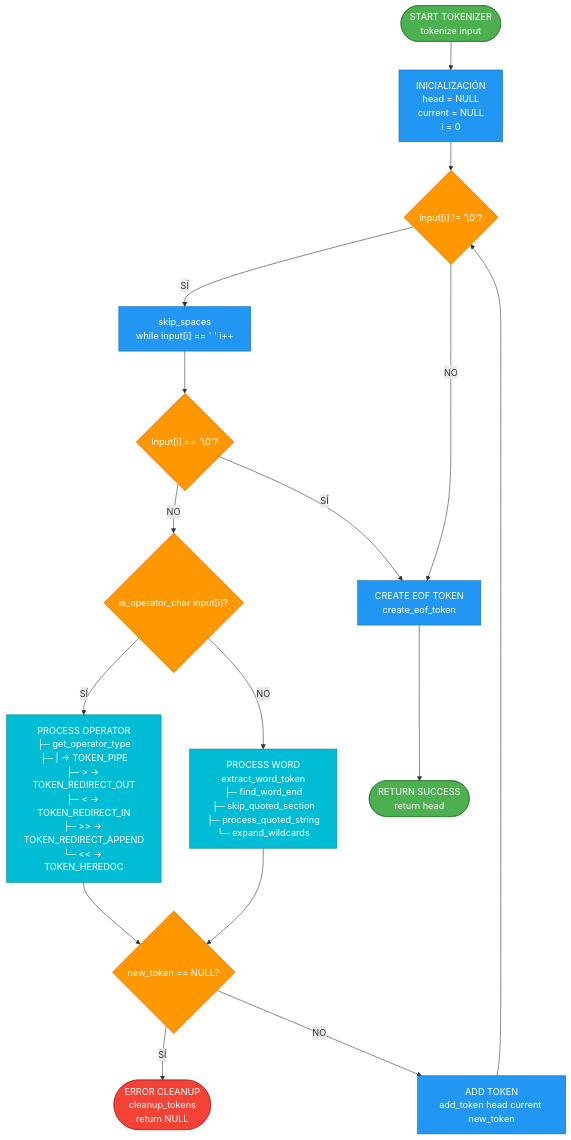
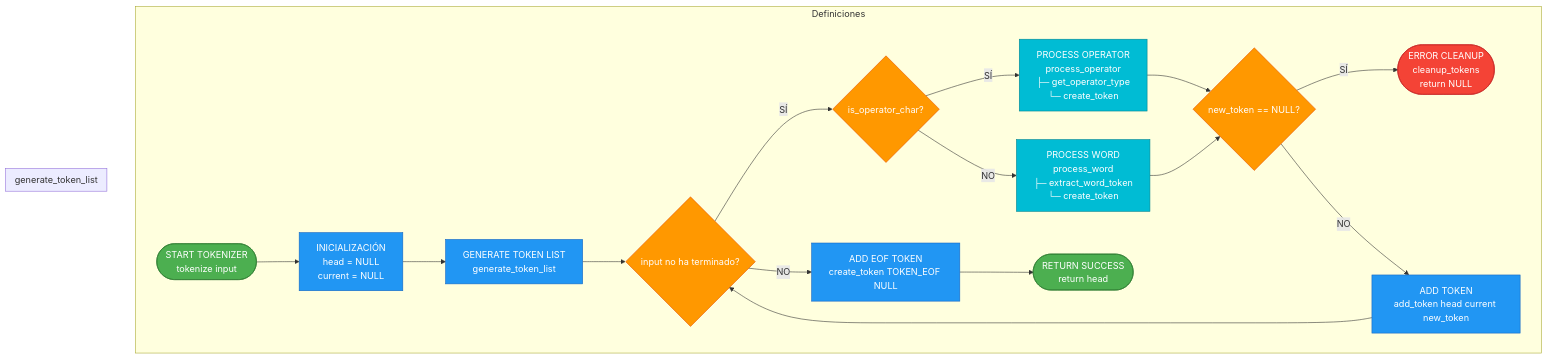
The second of 4 diagrams in docs/FLOWCHARTS.md (x65juan56x/minishell), drawn with Mermaid before and after one commit. The commit also changed other lines of this file, not shown here.

Commit message:
Flowcharts actualizados

````diff
--- a/docs/FLOWCHARTS.md
+++ b/docs/FLOWCHARTS.md
@@ -94,55 +96,59 @@
 ```mermaid
 flowchart TD
-    TOK_START([START TOKENIZER<br/>tokenize input])
-    TOK_INIT[INICIALIZACIÓN<br/>head = NULL<br/>current = NULL<br/>i = 0]
-    
-    TOK_LOOP{input#91;i#93; != '\0'?}
-    SKIP_SPACES[skip_spaces<br/>while input#91;i#93; == ' ' i++]
-    CHECK_END{input#91;i#93; == '\0'?}
-    
-    IS_OPERATOR{is_operator_char input#91;i#93;?}
-    PROC_OPERATOR[PROCESS OPERATOR<br/>├─ get_operator_type<br/>├─ #124; → TOKEN_PIPE<br/>├─ &gt; → TOKEN_REDIRECT_OUT<br/>├─ &lt; → TOKEN_REDIRECT_IN<br/>├─ &gt;&gt; → TOKEN_REDIRECT_APPEND<br/>└─ &lt;&lt; → TOKEN_HEREDOC]
-    
-    PROC_WORD[PROCESS WORD<br/>extract_word_token<br/>├─ find_word_end<br/>├─ skip_quoted_section<br/>├─ process_quoted_string<br/>└─ expand_wildcards]
-    
-    CHECK_TOKEN{new_token == NULL?}
-    ADD_TOKEN[ADD TOKEN<br/>add_token head current new_token]
-    TOK_ERROR([ERROR CLEANUP<br/>cleanup_tokens<br/>return NULL])
-    
-    EOF_TOKEN[CREATE EOF TOKEN<br/>create_eof_token]
-    TOK_SUCCESS([RETURN SUCCESS<br/>return head])
-    
+    subgraph "Definiciones"
+        TOK_START([START TOKENIZER<br/>tokenize input])
+        TOK_INIT[INICIALIZACIÓN<br/>head = NULL<br/>current = NULL]
+        
+        GEN_LIST[GENERATE TOKEN LIST<br/>generate_token_list]
+        
+        TOK_LOOP{input no ha terminado?}
+        
+        IS_OPERATOR{is_operator_char?}
+        PROC_OPERATOR[PROCESS OPERATOR<br/>process_operator<br/>├─ get_operator_type<br/>└─ create_token]
+        
+        PROC_WORD[PROCESS WORD<br/>process_word<br/>├─ extract_word_token<br/>└─ create_token]
+        
+        CHECK_TOKEN{new_token == NULL?}
+        ADD_TOKEN[ADD TOKEN<br/>add_token head current new_token]
+        TOK_ERROR([ERROR CLEANUP<br/>cleanup_tokens<br/>return NULL])
+        
+        ADD_EOF[ADD EOF TOKEN<br/>create_token TOKEN_EOF NULL]
+        TOK_SUCCESS([RETURN SUCCESS<br/>return head])
+    end
+
     %% Flujo
     TOK_START --> TOK_INIT
-    TOK_INIT --> TOK_LOOP
-    TOK_LOOP -->|SÍ| SKIP_SPACES
-    SKIP_SPACES --> CHECK_END
-    CHECK_END -->|SÍ| EOF_TOKEN
-    CHECK_END -->|NO| IS_OPERATOR
+    TOK_INIT --> GEN_LIST
     
-    IS_OPERATOR -->|SÍ| PROC_OPERATOR
-    IS_OPERATOR -->|NO| PROC_WORD
-    
-    PROC_OPERATOR --> CHECK_TOKEN
-    PROC_WORD --> CHECK_TOKEN
-    
-    CHECK_TOKEN -->|SÍ| TOK_ERROR
-    CHECK_TOKEN -->|NO| ADD_TOKEN
-    
-    ADD_TOKEN --> TOK_LOOP
-    TOK_LOOP -->|NO| EOF_TOKEN
-    EOF_TOKEN --> TOK_SUCCESS
+    subgraph "generate_token_list"
+        GEN_LIST --> TOK_LOOP
+        TOK_LOOP -->|SÍ| IS_OPERATOR
+        
+        IS_OPERATOR -->|SÍ| PROC_OPERATOR
+        IS_OPERATOR -->|NO| PROC_WORD
+        
+        PROC_OPERATOR --> CHECK_TOKEN
+        PROC_WORD --> CHECK_TOKEN
+        
+        CHECK_TOKEN -->|SÍ| TOK_ERROR
+        CHECK_TOKEN -->|NO| ADD_TOKEN
+        
+        ADD_TOKEN --> TOK_LOOP
+    end
+
+    TOK_LOOP -->|NO| ADD_EOF
+    ADD_EOF --> TOK_SUCCESS
     
     %% Estilos
     classDef startEnd fill:#4CAF50,stroke:#2E7D32,color:#fff
     classDef process fill:#2196F3,stroke:#1565C0,color:#fff
     classDef decision fill:#FF9800,stroke:#E65100,color:#fff
     classDef error fill:#F44336,stroke:#C62828,color:#fff
     classDef subprocess fill:#00BCD4,stroke:#00838F,color:#fff
     
     class TOK_START,TOK_SUCCESS startEnd
-    class TOK_INIT,SKIP_SPACES,ADD_TOKEN,EOF_TOKEN process
-    class TOK_LOOP,CHECK_END,IS_OPERATOR,CHECK_TOKEN decision
+    class TOK_INIT,GEN_LIST,ADD_TOKEN,ADD_EOF process
+    class TOK_LOOP,IS_OPERATOR,CHECK_TOKEN decision
     class TOK_ERROR error
     class PROC_OPERATOR,PROC_WORD subprocess
 ```
````
